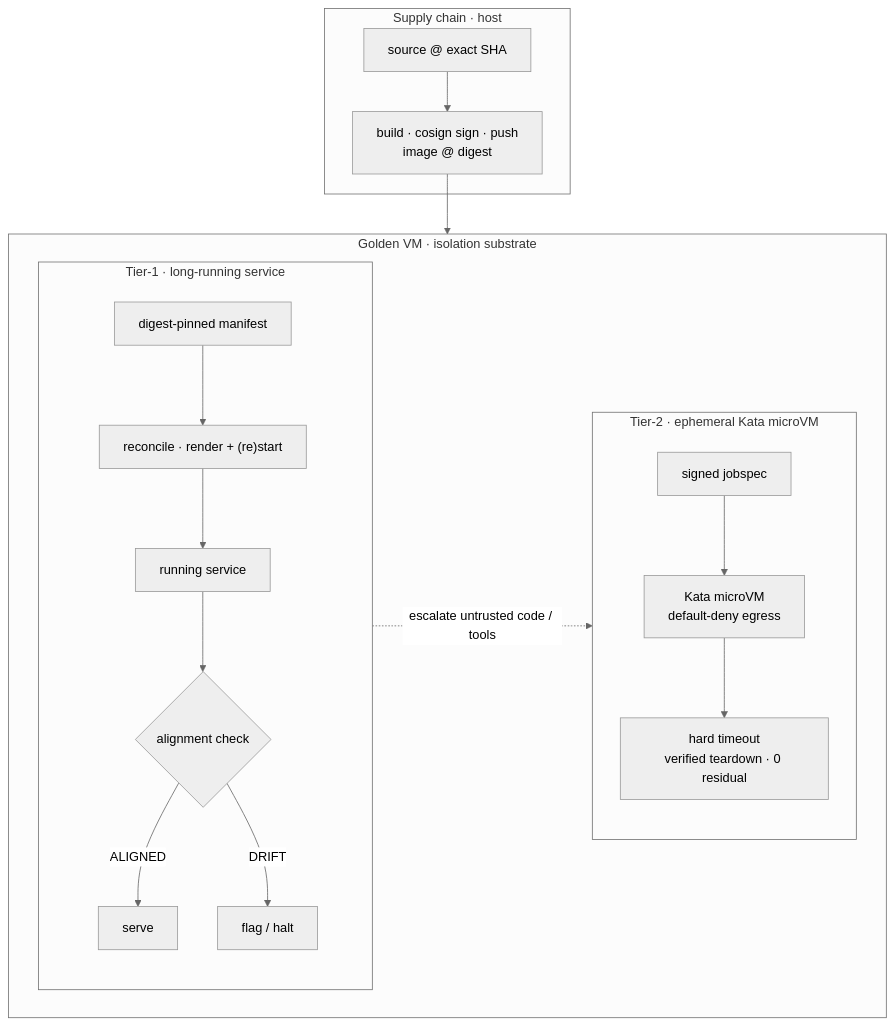
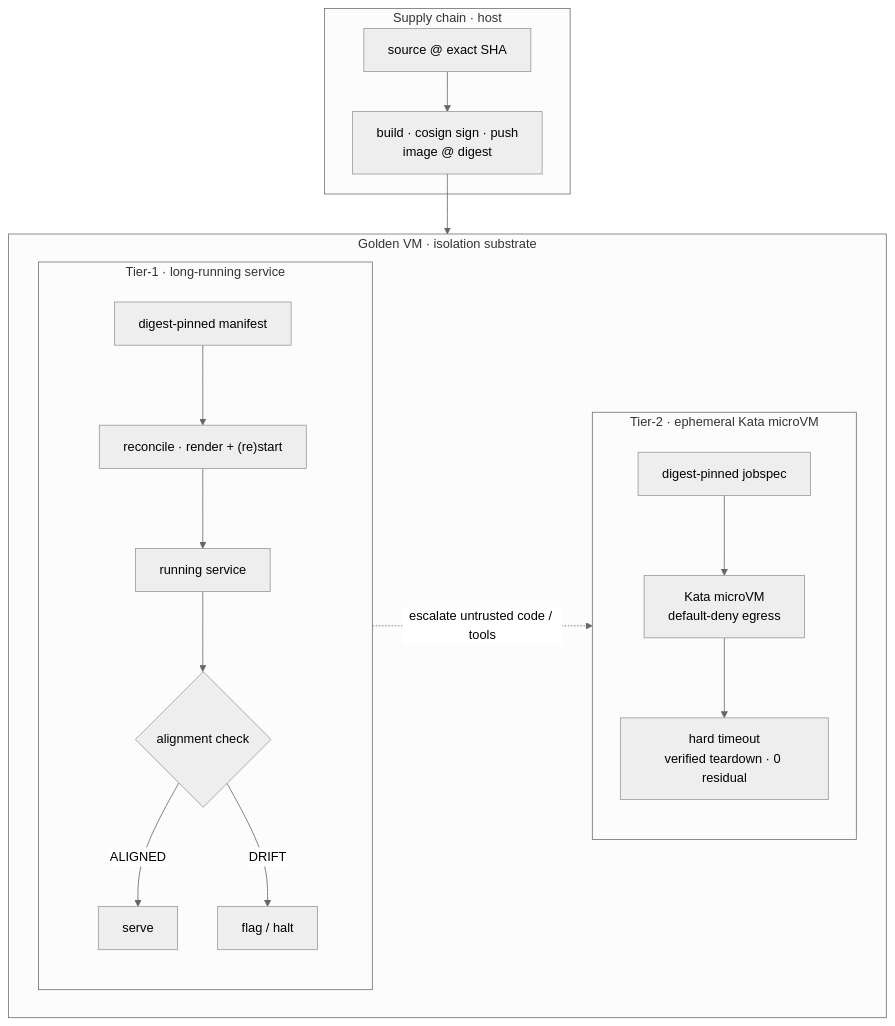
Before and after one commit to sambegui/agent-vm: the diagram in docs/architecture/01-isolation-substrate.md, drawn with Mermaid (neutral theme). The commit also changed other lines of this file and 22 other files, not shown here.

````diff
--- a/docs/architecture/01-isolation-substrate.md
+++ b/docs/architecture/01-isolation-substrate.md
@@ -7,24 +7,24 @@
 ```mermaid
 flowchart TB
     subgraph SUP["Supply chain · host"]
         SRC["source @ exact SHA"] --> PIPE["build · cosign sign · push<br/>image @ digest"]
     end
     subgraph VM["Golden VM · isolation substrate"]
         direction LR
         subgraph T1["Tier-1 · long-running service"]
             direction TB
             MAN["digest-pinned manifest"] --> REC["reconcile · render + (re)start"]
             REC --> RUN["running service"]
             RUN --> ALN{"alignment check"}
             ALN -->|ALIGNED| SRV["serve"]
             ALN -->|DRIFT| HLT["flag / halt"]
         end
         subgraph T2["Tier-2 · ephemeral Kata microVM"]
             direction TB
-            JOB["signed jobspec"] --> MVM["Kata microVM<br/>default-deny egress"]
+            JOB["digest-pinned jobspec"] --> MVM["Kata microVM<br/>default-deny egress"]
             MVM --> TDN["hard timeout<br/>verified teardown · 0 residual"]
         end
         RUN -.->|"escalate untrusted code / tools"| JOB
     end
     PIPE --> MAN
 ```
````
